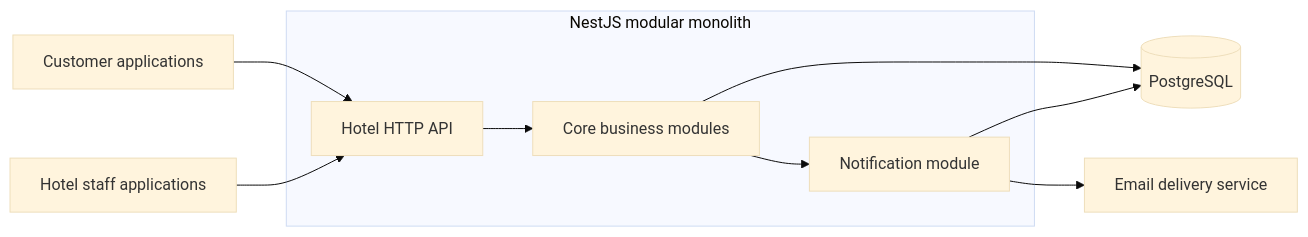
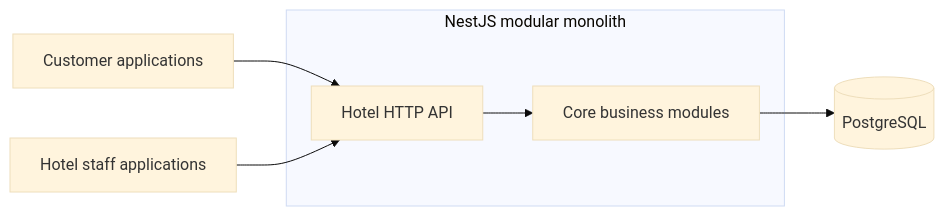
One commit to dinhhuy-dev/hotel-api changed the first of 2 diagrams in docs/architecture.md. Above: the diagram before and after it, drawn with Mermaid (base theme). The commit also changed other lines of this file and 7 other files, not shown here.

````diff
--- a/docs/architecture.md
+++ b/docs/architecture.md
@@ -9,14 +9,11 @@
 ```mermaid
 flowchart LR
     Customer["Customer applications"] --> API["Hotel HTTP API"]
     Staff["Hotel staff applications"] --> API
 
     subgraph Backend["NestJS modular monolith"]
         API --> Modules["Core business modules"]
-        Modules --> Notification["Notification module"]
     end
 
     Modules --> Database[(PostgreSQL)]
-    Notification --> Database
-    Notification --> Email["Email delivery service"]
 ```
````
